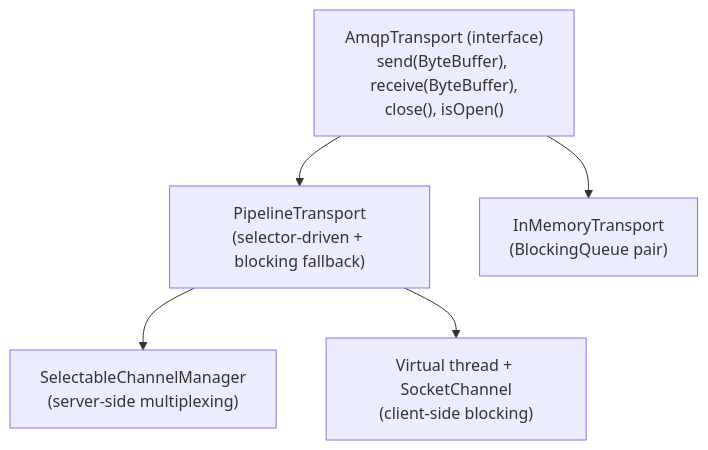
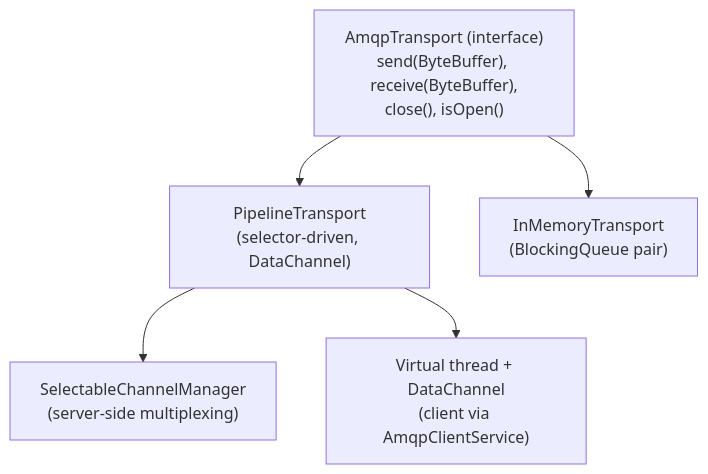
The tenth of 10 diagrams in messaging/amqp/doc/ARCHITECTURE.md (000ssg/lego-flow), drawn with Mermaid before and after one commit. The commit also changed other lines of this file and 1 other file, not shown here.

````diff
--- a/messaging/amqp/doc/ARCHITECTURE.md
+++ b/messaging/amqp/doc/ARCHITECTURE.md
@@ -212,8 +212,8 @@
 ```mermaid
 graph TD
     AT["AmqpTransport (interface)<br/>send(ByteBuffer), receive(ByteBuffer),<br/>close(), isOpen()"]
-    AT --> PT["PipelineTransport<br/>(selector-driven + blocking fallback)"]
+    AT --> PT["PipelineTransport<br/>(selector-driven, DataChannel)"]
     AT --> IM["InMemoryTransport<br/>(BlockingQueue pair)"]
     PT --> SM["SelectableChannelManager<br/>(server-side multiplexing)"]
-    PT --> VT["Virtual thread + SocketChannel<br/>(client-side blocking)"]
+    PT --> VC["Virtual thread + DataChannel<br/>(client via AmqpClientService)"]
 ```
````
